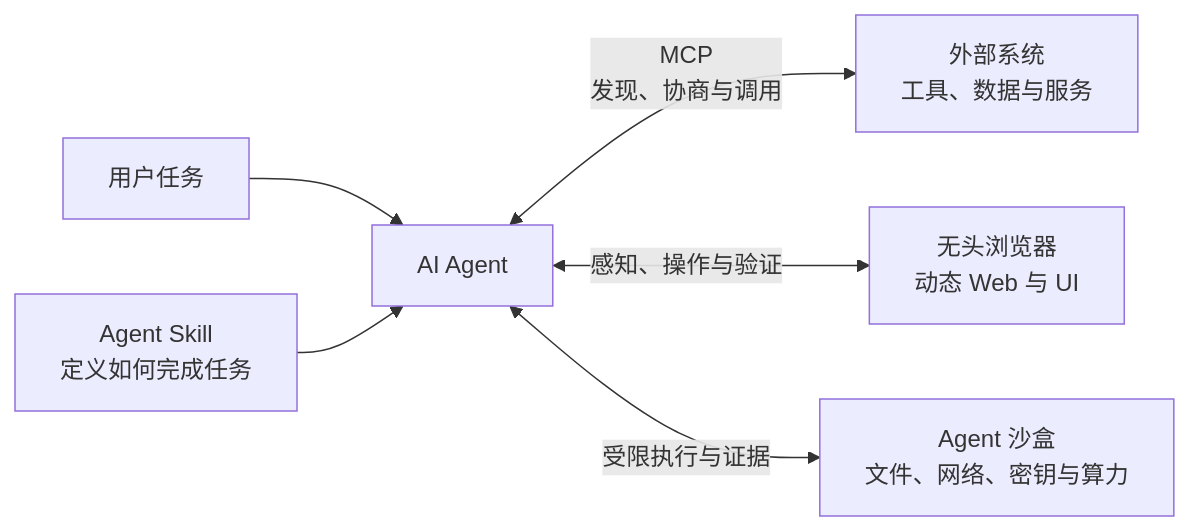
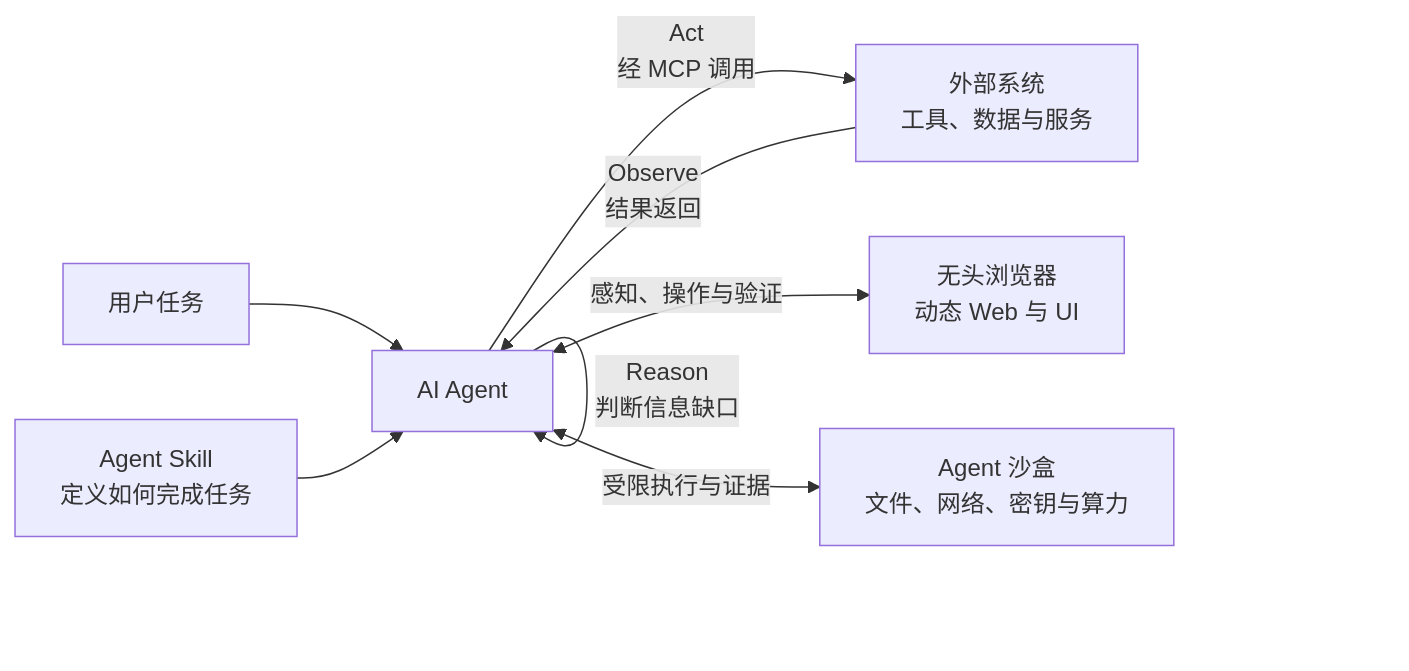
Before and after one commit to EarthWind/deepagent: the diagram in README.md, drawn with Mermaid. The commit also changed other lines of this file and 2 other files, not shown here.

Commit message:
docs: add ReAct agent design guide

````diff
--- a/README.md
+++ b/README.md
@@ -12,8 +13,10 @@
 ```mermaid
 flowchart LR
     U[用户任务] --> A[AI Agent]
+    A -->|Reason<br/>判断信息缺口| A
+    A -->|Act<br/>经 MCP 调用| E[外部系统<br/>工具、数据与服务]
+    E -->|Observe<br/>结果返回| A
     S[Agent Skill<br/>定义如何完成任务] --> A
-    A <-->|MCP<br/>发现、协商与调用| E[外部系统<br/>工具、数据与服务]
     A <-->|感知、操作与验证| B[无头浏览器<br/>动态 Web 与 UI]
     A <-->|受限执行与证据| X[Agent 沙盒<br/>文件、网络、密钥与算力]
 ```
````
